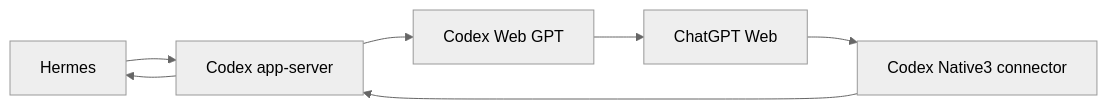
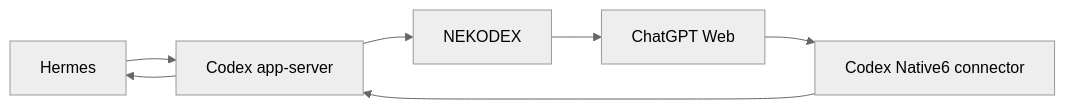
One commit to Froraut/NEKODEX changed the diagram in docs/hermes-integration.md. Above: the diagram before and after it, drawn with Mermaid (neutral theme). The commit also changed other lines of this file and 17 other files, not shown here.

````diff
--- a/docs/hermes-integration.md
+++ b/docs/hermes-integration.md
@@ -7,9 +7,9 @@
 ```mermaid
 flowchart LR
   H[Hermes] --> C[Codex app-server]
-  C --> L[Codex Web GPT]
+  C --> L[NEKODEX]
   L --> W[ChatGPT Web]
-  W --> M[Codex Native3 connector]
+  W --> M[Codex Native6 connector]
   M --> C
   C --> H
 ```
````
